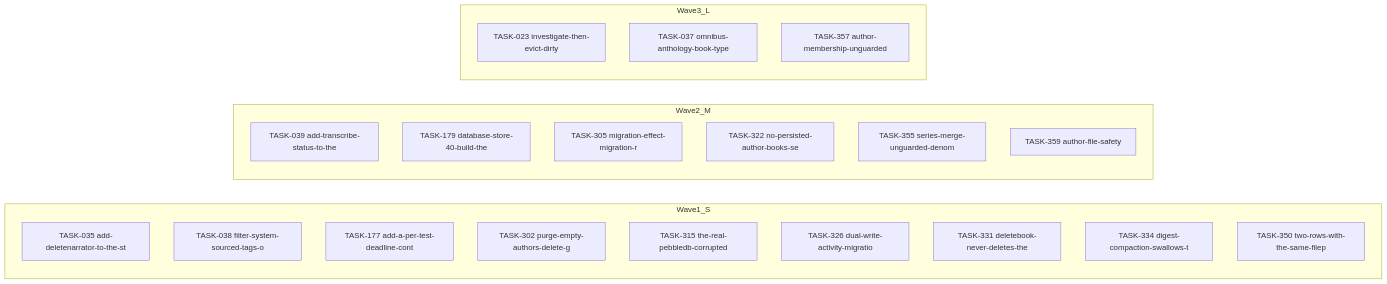
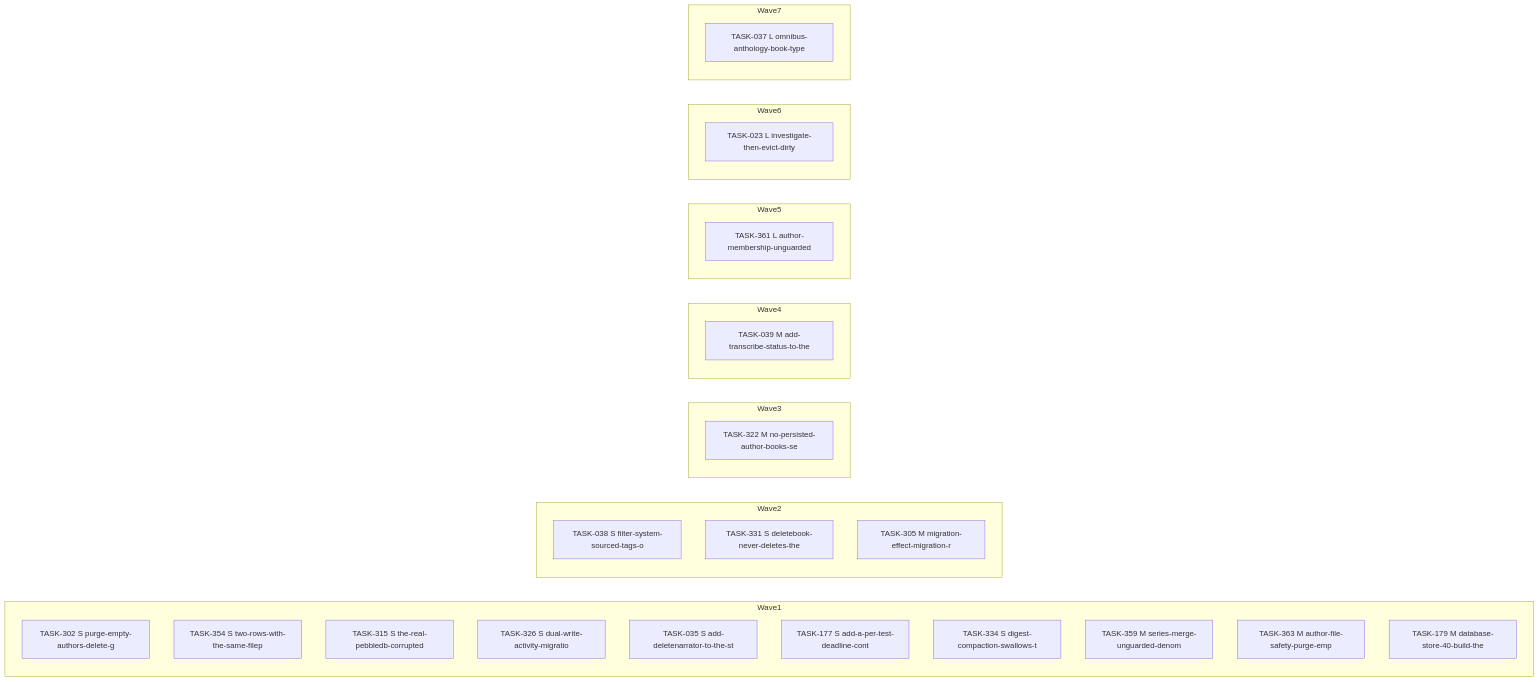
One commit to falkcorp/audiobook-organizer changed the diagram in docs/agent-tasks/todo-completion-2026-09/database/orchestration.md. Above: the diagram before and after it, drawn with Mermaid. The commit also changed other lines of this file and 270 other files, not shown here.

````diff
--- a/docs/agent-tasks/todo-completion-2026-09/database/orchestration.md
+++ b/docs/agent-tasks/todo-completion-2026-09/database/orchestration.md
@@ -10,27 +10,35 @@
 ```mermaid
 flowchart LR
-    subgraph Wave1_S
-      TASK035[TASK-035 add-deletenarrator-to-the-st]
-      TASK038[TASK-038 filter-system-sourced-tags-o]
-      TASK177[TASK-177 add-a-per-test-deadline-cont]
-      TASK302[TASK-302 purge-empty-authors-delete-g]
-      TASK315[TASK-315 the-real-pebbledb-corrupted]
-      TASK326[TASK-326 dual-write-activity-migratio]
-      TASK331[TASK-331 deletebook-never-deletes-the]
-      TASK334[TASK-334 digest-compaction-swallows-t]
-      TASK350[TASK-350 two-rows-with-the-same-filep]
+    subgraph Wave1
+      TASK302[TASK-302 S purge-empty-authors-delete-g]
+      TASK354[TASK-354 S two-rows-with-the-same-filep]
+      TASK315[TASK-315 S the-real-pebbledb-corrupted]
+      TASK326[TASK-326 S dual-write-activity-migratio]
+      TASK035[TASK-035 S add-deletenarrator-to-the-st]
+      TASK177[TASK-177 S add-a-per-test-deadline-cont]
+      TASK334[TASK-334 S digest-compaction-swallows-t]
+      TASK359[TASK-359 M series-merge-unguarded-denom]
+      TASK363[TASK-363 M author-file-safety-purge-emp]
+      TASK179[TASK-179 M database-store-40-build-the]
     end
-    subgraph Wave2_M
-      TASK039[TASK-039 add-transcribe-status-to-the]
-      TASK179[TASK-179 database-store-40-build-the]
-      TASK305[TASK-305 migration-effect-migration-r]
-      TASK322[TASK-322 no-persisted-author-books-se]
-      TASK355[TASK-355 series-merge-unguarded-denom]
-      TASK359[TASK-359 author-file-safety]
+    subgraph Wave2
+      TASK038[TASK-038 S filter-system-sourced-tags-o]
+      TASK331[TASK-331 S deletebook-never-deletes-the]
+      TASK305[TASK-305 M migration-effect-migration-r]
     end
-    subgraph Wave3_L
-      TASK023[TASK-023 investigate-then-evict-dirty]
-      TASK037[TASK-037 omnibus-anthology-book-type]
-      TASK357[TASK-357 author-membership-unguarded]
+    subgraph Wave3
+      TASK322[TASK-322 M no-persisted-author-books-se]
+    end
+    subgraph Wave4
+      TASK039[TASK-039 M add-transcribe-status-to-the]
+    end
+    subgraph Wave5
+      TASK361[TASK-361 L author-membership-unguarded]
+    end
+    subgraph Wave6
+      TASK023[TASK-023 L investigate-then-evict-dirty]
+    end
+    subgraph Wave7
+      TASK037[TASK-037 L omnibus-anthology-book-type]
     end
 ```
````
